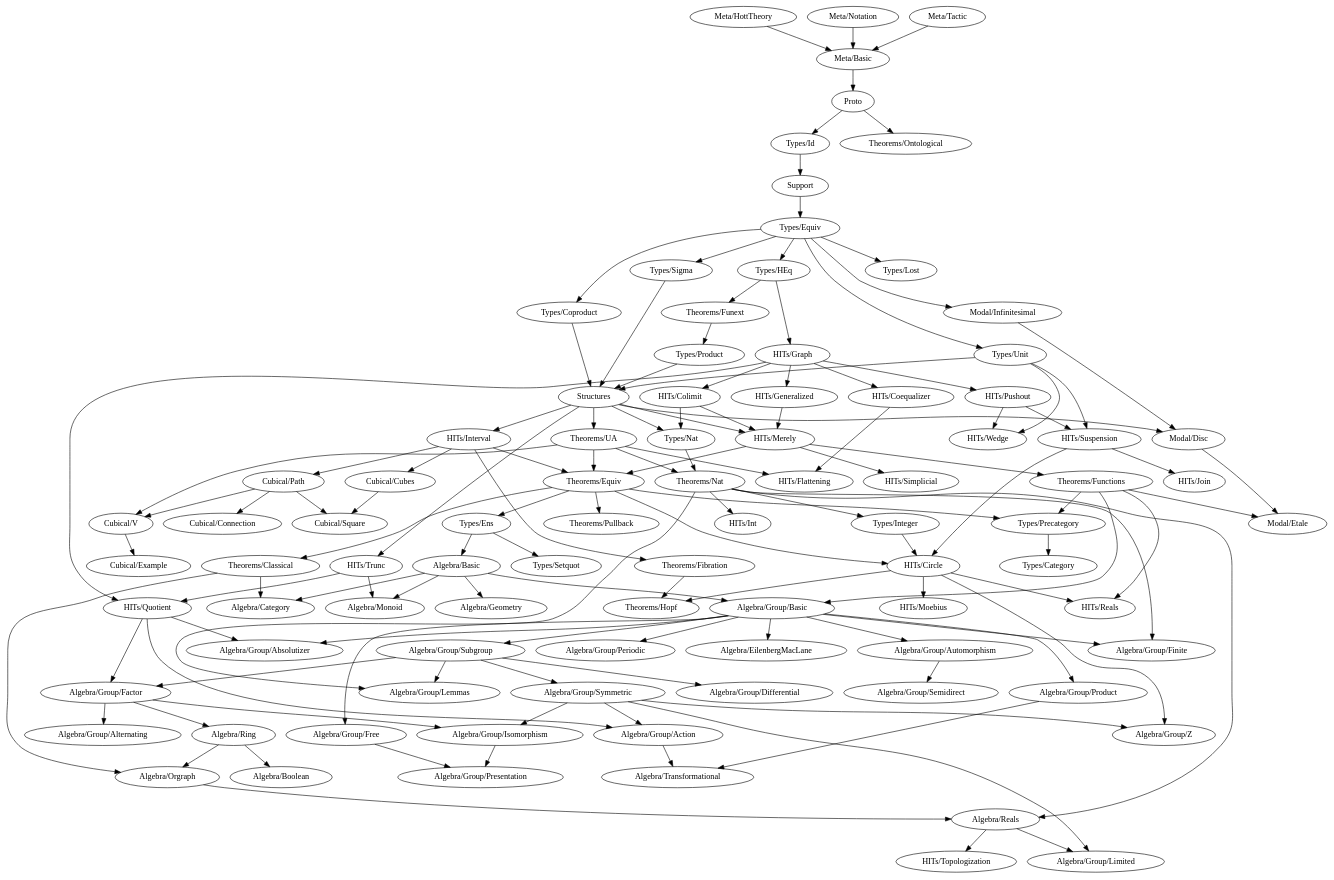
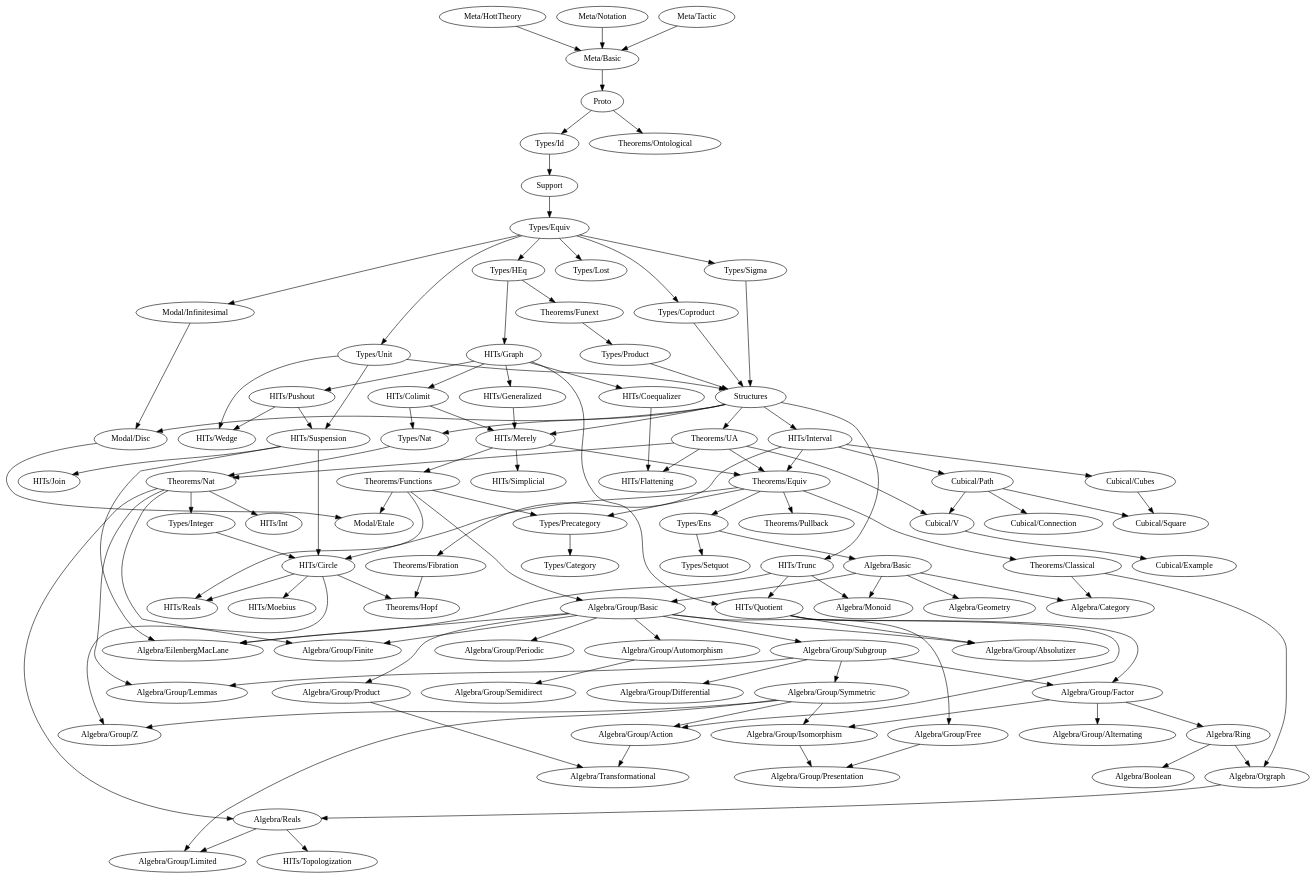
The diagram in dependency-map.gv (forked-from-1kasper/ground_zero), drawn with Graphviz before and after one commit. The commit also changed 5 other files, not shown here.

```diff
--- a/dependency-map.gv
+++ b/dependency-map.gv
@@ -141,9 +141,9 @@
     }
     "HITs/Reals"
     "HITs/Simplicial"
-    "HITs/Suspension" -> { "HITs/Circle", "HITs/Join" }
+    "HITs/Suspension" -> { "Algebra/EilenbergMacLane", "HITs/Circle", "HITs/Join" }
     "HITs/Topologization"
-    "HITs/Trunc" -> { "Algebra/Monoid", "HITs/Quotient" }
+    "HITs/Trunc" -> { "Algebra/EilenbergMacLane", "Algebra/Monoid", "HITs/Quotient" }
     "HITs/Wedge"
   }
 
```
